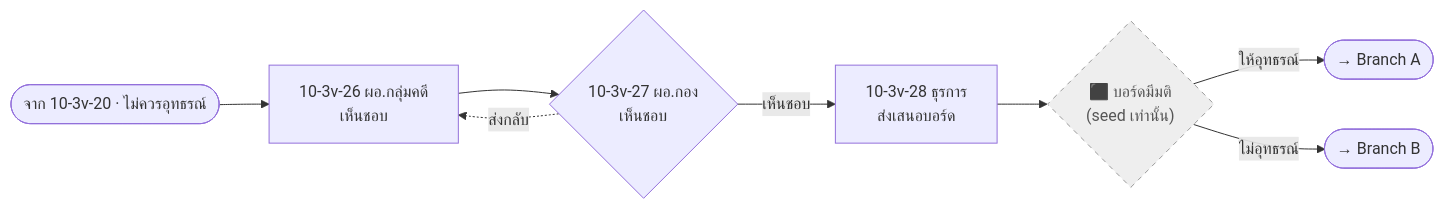
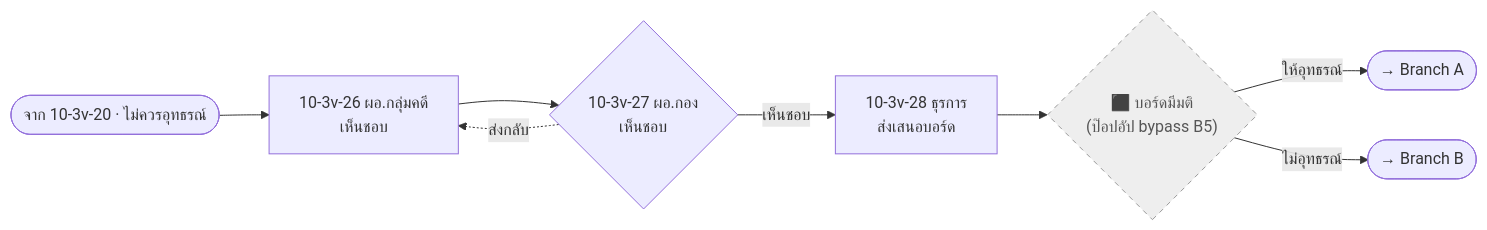
The ninth of 13 diagrams in docs/activity10-flow-10.3.md (varitthon/E-CMIS-A4), drawn with Mermaid before and after one commit. The commit also changed other lines of this file and 181 other files, not shown here.

First line of the commit message:
feat: ปรับ flow หลังประชุมคณะกรรมการ 14/10 — ตัดขั้นตอนมอบหมาย ผอ.กฎหมาย + เพิ่มระบบคำพิพากษา

````diff
--- a/docs/activity10-flow-10.3.md
+++ b/docs/activity10-flow-10.3.md
@@ -259,9 +280,9 @@
 ```mermaid
 flowchart LR
   S(["จาก 10-3v-20 · ไม่ควรอุทธรณ์"]) --> V26["10-3v-26 ผอ.กลุ่มคดี<br/>เห็นชอบ"] --> V27{"10-3v-27 ผอ.กอง<br/>เห็นชอบ"}
   V27 -. ส่งกลับ .-> V26
-  V27 -- เห็นชอบ --> V28["10-3v-28 ธุรการ<br/>ส่งเสนอบอร์ด"] --> X9{"⬛ บอร์ดมีมติ<br/>(seed เท่านั้น)"}:::ext
+  V27 -- เห็นชอบ --> V28["10-3v-28 ธุรการ<br/>ส่งเสนอบอร์ด"] --> X9{"⬛ บอร์ดมีมติ<br/>(ป๊อปอัป bypass B5)"}:::ext
   X9 -- ให้อุทธรณ์ --> OA(["→ Branch A"])
   X9 -- ไม่อุทธรณ์ --> OB(["→ Branch B"])
   classDef ext fill:#eeeeee,stroke:#999999,stroke-dasharray:5 5,color:#555555
 ```
````
